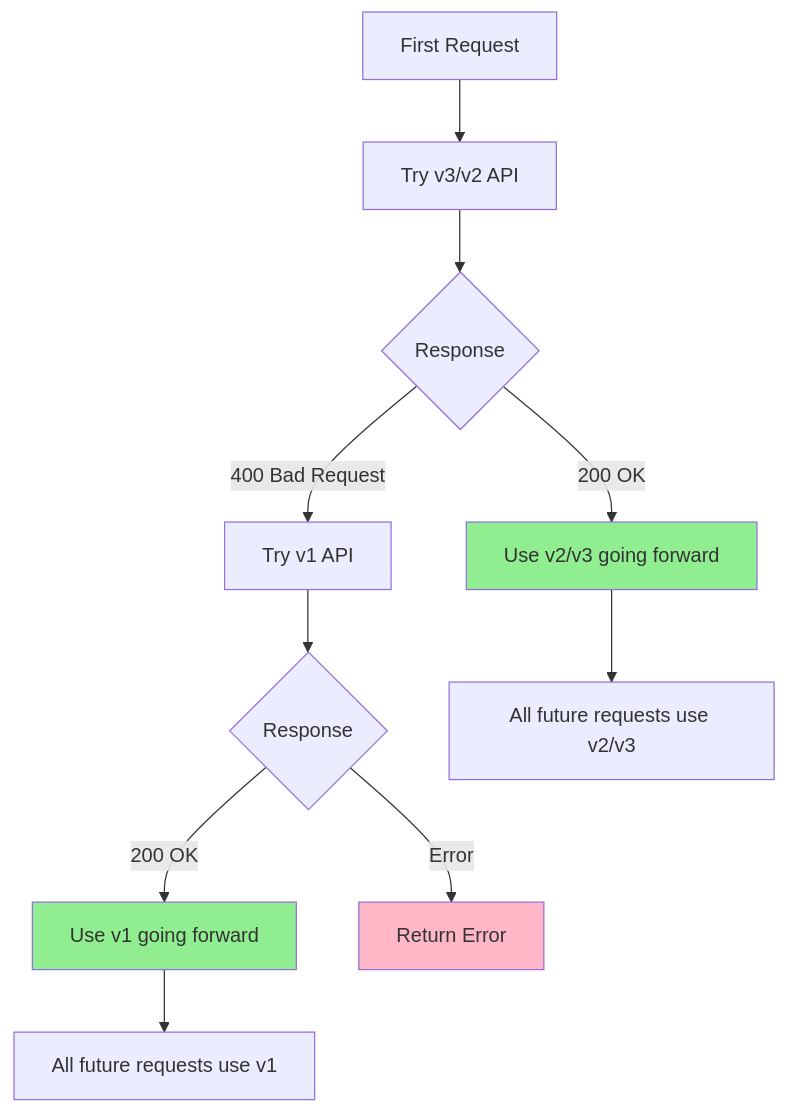
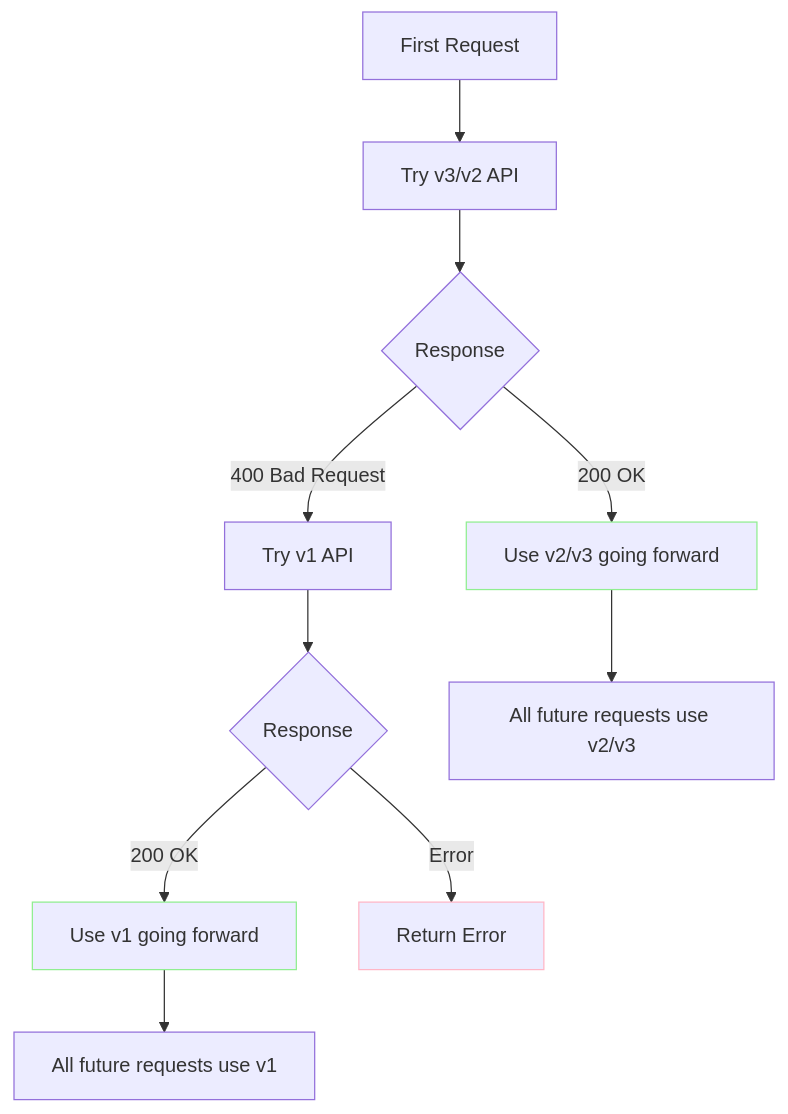
One commit to Shaddix/mostlylucidweb changed the sixth of 7 diagrams in Umami.Net/README.md. Above: the diagram before and after it, drawn with Mermaid. The commit also changed other lines of this file and 47 other files, not shown here.

````diff
--- a/Umami.Net/README.md
+++ b/Umami.Net/README.md
@@ -1093,17 +1093,17 @@
 ```mermaid
 graph TD
     A[First Request] --> B[Try v3/v2 API]
     B --> C{Response}
     C -->|200 OK| D[Use v2/v3 going forward]
     C -->|400 Bad Request| E[Try v1 API]
     E --> F{Response}
     F -->|200 OK| G[Use v1 going forward]
     F -->|Error| H[Return Error]
 
     D --> I[All future requests use v2/v3]
     G --> J[All future requests use v1]
 
-    style D fill:#90EE90
-    style G fill:#90EE90
-    style H fill:#FFB6C6
+    style D stroke:#90EE90
+    style G stroke:#90EE90
+    style H stroke:#FFB6C6
 ```
````
